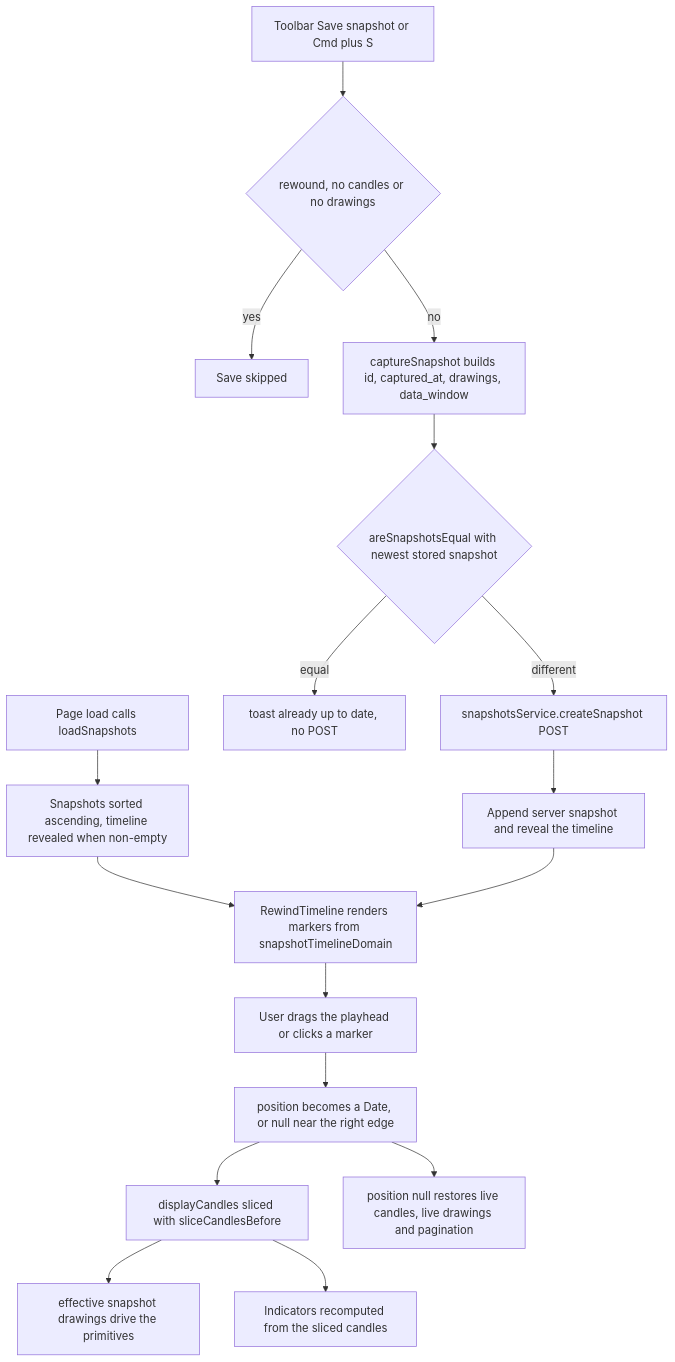
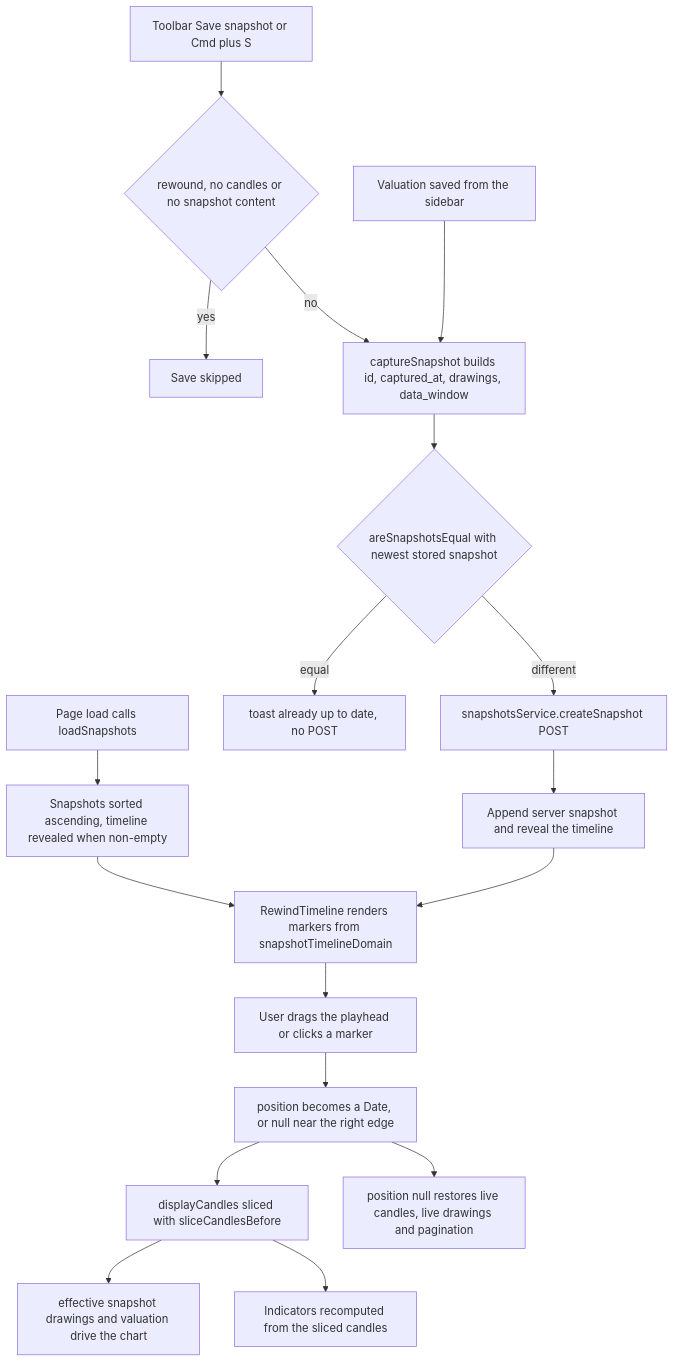
Before and after one commit to havekes/retail-portfolio: the third of 3 diagrams in openwiki/architecture/chart-drawings-and-rewind.md, drawn with Mermaid. The commit also changed other lines of this file and 26 other files, not shown here.

````diff
--- a/openwiki/architecture/chart-drawings-and-rewind.md
+++ b/openwiki/architecture/chart-drawings-and-rewind.md
@@ -485,19 +508,20 @@
 ```mermaid
 flowchart TD
     LOAD["Page load calls loadSnapshots"] --> STORE["Snapshots sorted ascending, timeline revealed when non-empty"]
-    SAVE["Toolbar Save snapshot or Cmd plus S"] --> GUARD{"rewound, no candles or no drawings"}
+    SAVE["Toolbar Save snapshot or Cmd plus S"] --> GUARD{"rewound, no candles or no snapshot content"}
     GUARD -- "yes" --> SKIP["Save skipped"]
     GUARD -- "no" --> CAP["captureSnapshot builds id, captured_at, drawings, data_window"]
     CAP --> DEDUPE{"areSnapshotsEqual with newest stored snapshot"}
     DEDUPE -- "equal" --> INFO["toast already up to date, no POST"]
     DEDUPE -- "different" --> POST["snapshotsService.createSnapshot POST"]
     POST --> APPEND["Append server snapshot and reveal the timeline"]
+    VALS["Valuation saved from the sidebar"] --> CAP
     STORE --> TIMELINE["RewindTimeline renders markers from snapshotTimelineDomain"]
     APPEND --> TIMELINE
     TIMELINE --> SCRUB["User drags the playhead or clicks a marker"]
     SCRUB --> POSITION["position becomes a Date, or null near the right edge"]
     POSITION --> SLICE["displayCandles sliced with sliceCandlesBefore"]
-    SLICE --> DRAWINGS["effective snapshot drawings drive the primitives"]
+    SLICE --> DRAWINGS["effective snapshot drawings and valuation drive the chart"]
     SLICE --> INDICATORS["Indicators recomputed from the sliced candles"]
     POSITION --> RESET["position null restores live candles, live drawings and pagination"]
 ```
````
